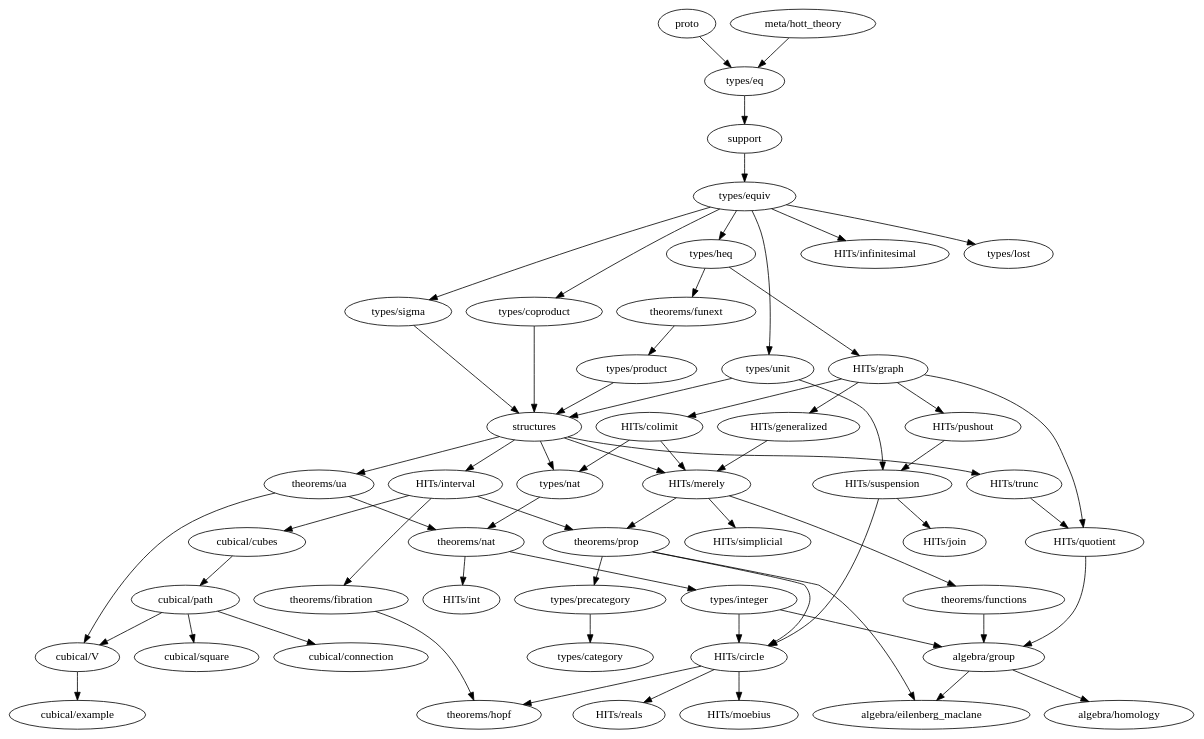
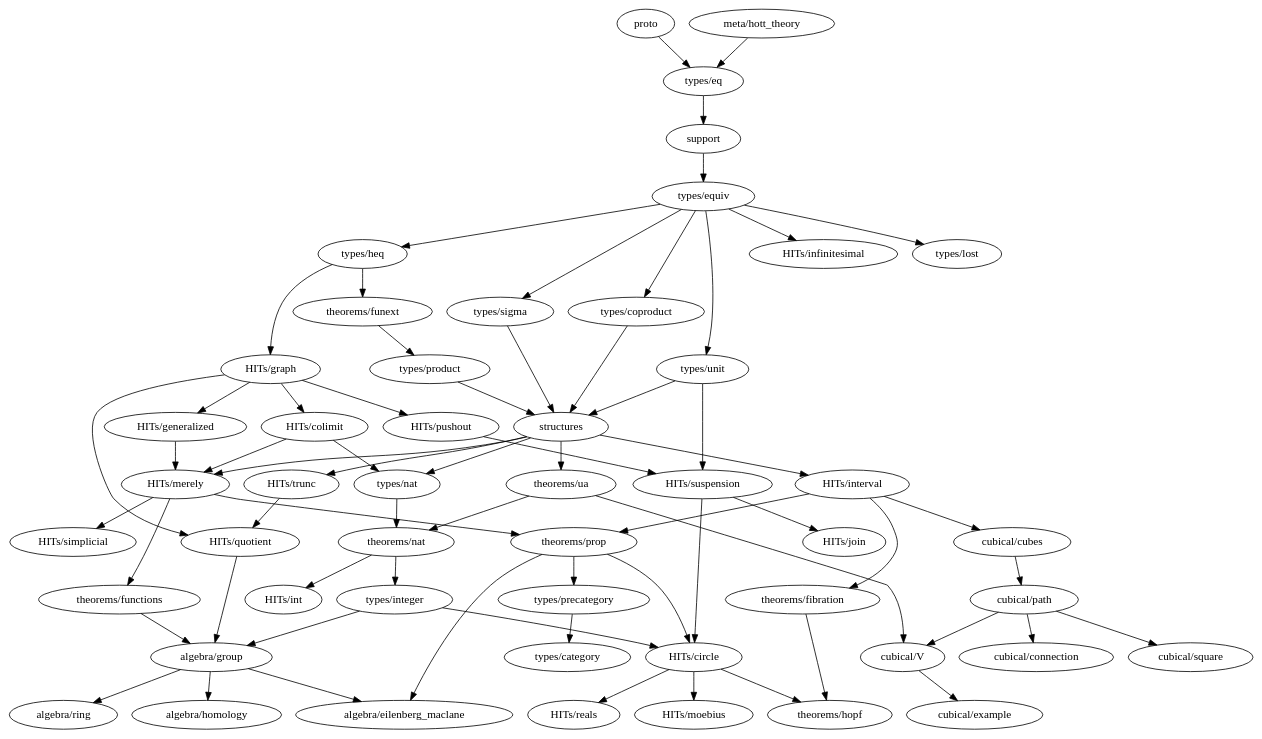
Before and after one commit to forked-from-1kasper/ground_zero: the diagram in dependency-map.gv, drawn with Graphviz. The commit also changed 3 other files, not shown here.

```diff
--- a/dependency-map.gv
+++ b/dependency-map.gv
@@ -1,105 +1,110 @@
 digraph dependency_map {
   proto -> "types/eq"
   "meta/hott_theory" -> "types/eq"
   support -> "types/equiv"
   structures -> {
     "HITs/interval",
     "HITs/merely",
     "HITs/trunc",
     "types/nat",
     "theorems/ua"
   }
 
   subgraph algebra {
     "algebra/eilenberg_maclane"
-    "algebra/group" -> { "algebra/homology", "algebra/eilenberg_maclane" }
+    "algebra/group" -> {
+      "algebra/homology",
+      "algebra/eilenberg_maclane",
+      "algebra/ring"
+    }
     "algebra/homology"
+    "algebra/ring"
   }
 
   subgraph types {
     "types/category"
     "types/coproduct" -> { structures }
     "types/eq" -> { support }
     "types/equiv" -> {
       "types/heq",
       "HITs/infinitesimal",
       "types/coproduct",
       "types/lost",
       "types/unit",
       "types/sigma"
     }
     "types/heq" -> {
       "HITs/graph", "theorems/funext"
     }
     "types/integer" -> {
       "algebra/group",
       "HITs/circle"
     }
     "types/lost"
     "types/nat" -> { "theorems/nat" }
     "types/precategory" -> { "types/category" }
     "types/product" -> { structures }
     "types/sigma" -> { structures }
     "types/unit" -> { structures, "HITs/suspension" }
   }
 
   subgraph HITs {
     "HITs/circle" -> { "theorems/hopf", "HITs/moebius", "HITs/reals" }
     "HITs/colimit" -> { "HITs/merely", "types/nat" }
     "HITs/generalized" -> "HITs/merely"
     "HITs/graph" -> {
       "HITs/colimit",
       "HITs/generalized",
       "HITs/pushout",
       "HITs/quotient"
     }
     "HITs/infinitesimal"
     "HITs/interval" -> {
       "cubical/cubes",
       "theorems/prop",
       "theorems/fibration"
     }
     "HITs/join"
     "HITs/merely" -> {
       "theorems/prop",
       "HITs/simplicial",
       "theorems/functions"
     }
     "HITs/moebius"
     "HITs/pushout" -> {
       "HITs/suspension"
     }
     "HITs/quotient" -> { "algebra/group" }
     "HITs/reals"
     "HITs/simplicial"
     "HITs/suspension" -> { "HITs/circle", "HITs/join" }
     "HITs/trunc" -> { "HITs/quotient" }
   }
 
   subgraph cubical {
     "cubical/connection"
     "cubical/cubes" -> "cubical/path"
     "cubical/example"
     "cubical/path" -> {
       "cubical/square",
       "cubical/V",
       "cubical/connection"
     }
     "cubical/square"
     "cubical/V" -> { "cubical/example" }
   }
 
   subgraph theorems {
     "theorems/fibration" -> { "theorems/hopf" }
     "theorems/functions" -> { "algebra/group" }
     "theorems/funext" -> { "types/product" }
     "theorems/hopf"
     "theorems/nat" -> { "HITs/int", "types/integer" }
     "theorems/prop" -> {
       "HITs/circle",
       "types/precategory",
       "algebra/eilenberg_maclane"
     }
     "theorems/ua" -> { "theorems/nat", "cubical/V" }
   }
 }
```
